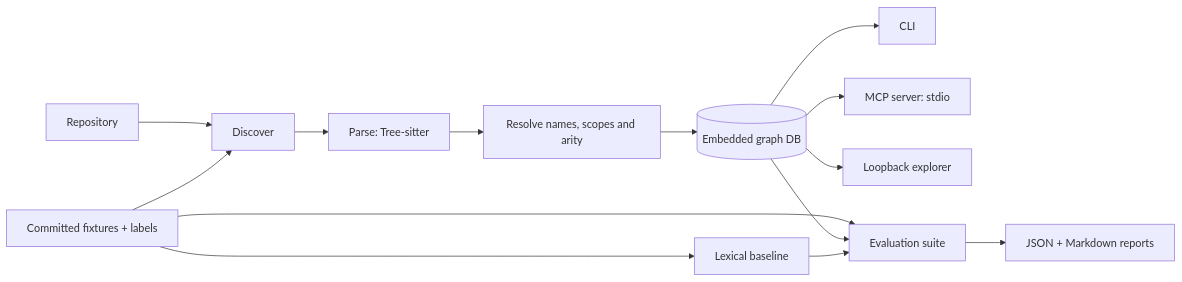
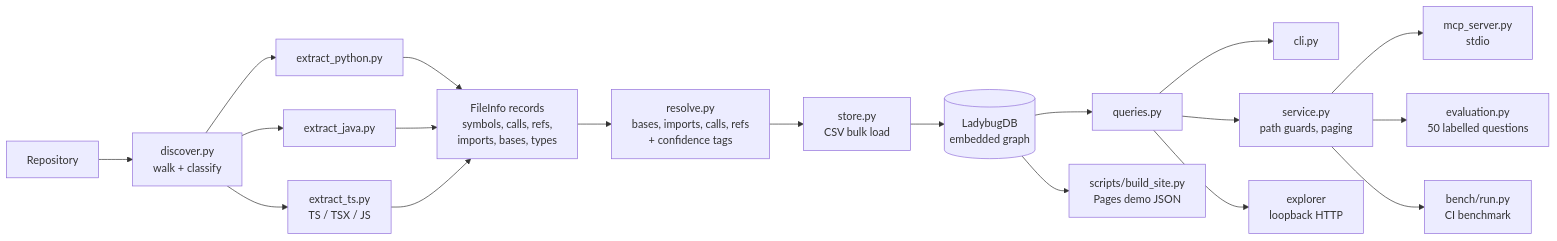
Before and after one commit to muhib-karim/codegraph: the diagram in README.md, drawn with Mermaid. The commit also changed other lines of this file and 3 other files, not shown here.

````diff
--- a/README.md
+++ b/README.md
@@ -42,16 +172,19 @@
 ```mermaid
 flowchart LR
-    R[Repository] --> D[Discover]
-    D --> P[Parse: Tree-sitter]
-    P --> X[Resolve names, scopes and arity]
-    X --> G[(Embedded graph DB)]
-    G --> C[CLI]
-    G --> M[MCP server: stdio]
-    G --> E[Loopback explorer]
-    F[Committed fixtures + labels] --> V[Evaluation suite]
-    F --> D
-    G --> V
-    F --> T[Lexical baseline]
-    T --> V
-    V --> O[JSON + Markdown reports]
+    R[Repository] --> D[discover.py<br/>walk + classify]
+    D --> PY[extract_python.py]
+    D --> JV[extract_java.py]
+    D --> TS[extract_ts.py<br/>TS / TSX / JS]
+    PY & JV & TS --> FI[FileInfo records<br/>symbols, calls, refs,<br/>imports, bases, types]
+    FI --> RS[resolve.py<br/>bases, imports, calls, refs<br/>+ confidence tags]
+    RS --> ST[store.py<br/>CSV bulk load]
+    ST --> G[(LadybugDB<br/>embedded graph)]
+    G --> Q[queries.py]
+    Q --> CLI[cli.py]
+    Q --> SV[service.py<br/>path guards, paging]
+    SV --> MCP[mcp_server.py<br/>stdio]
+    Q --> EX[explorer<br/>loopback HTTP]
+    SV --> EV[evaluation.py<br/>50 labelled questions]
+    SV --> BN[bench/run.py<br/>CI benchmark]
+    G --> SITE[scripts/build_site.py<br/>Pages demo JSON]
 ```
````
